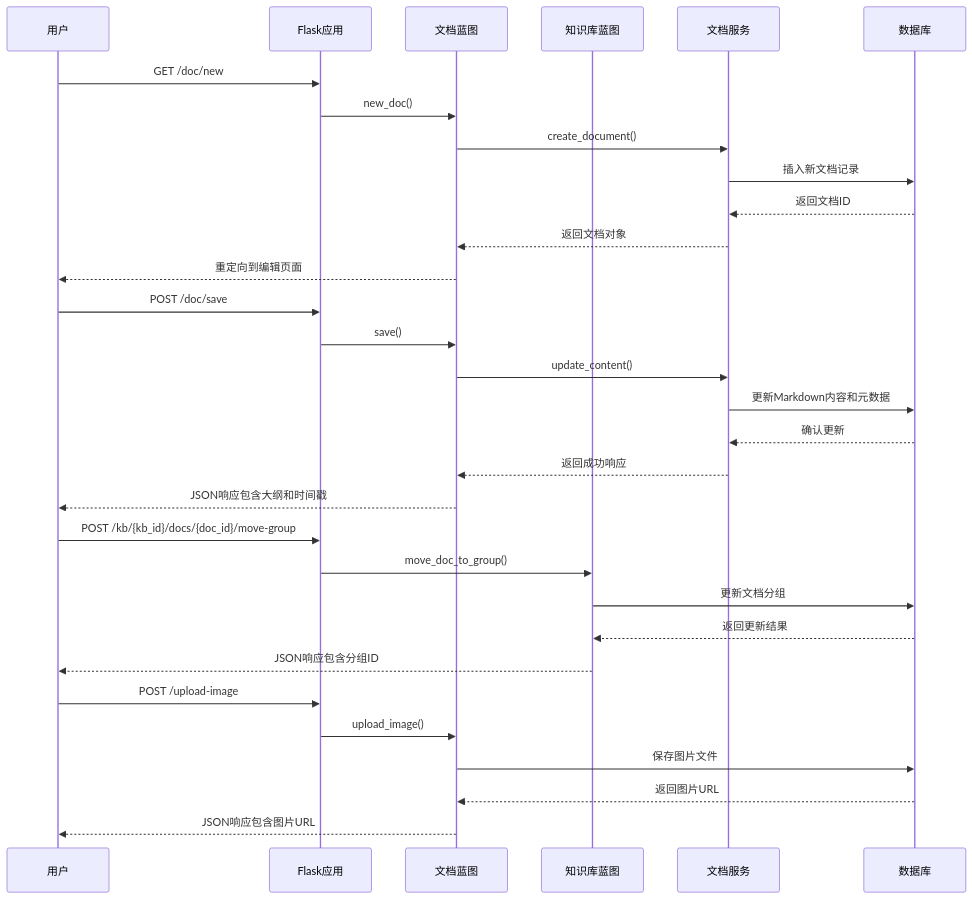
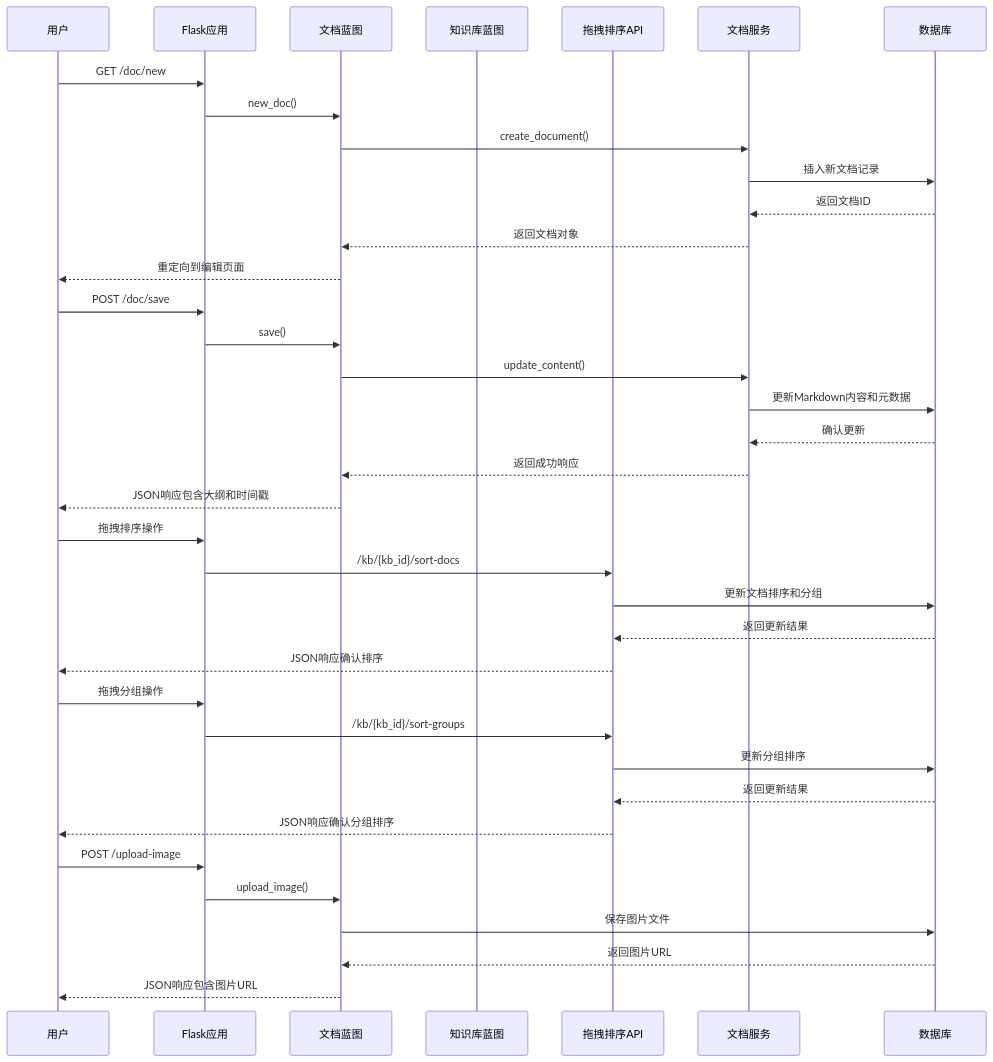
The fifth of 20 diagrams in .qoder/repowiki/zh/content/架构设计/蓝图系统设计/文档蓝图 (Document Blueprint).md (beyondalbert/my_wiki), drawn with Mermaid before and after one commit. The commit also changed other lines of this file and 6 other files, not shown here.

````diff
--- a/.qoder/repowiki/zh/content/架构设计/蓝图系统设计/文档蓝图 (Document Blueprint).md
+++ b/.qoder/repowiki/zh/content/架构设计/蓝图系统设计/文档蓝图 (Document Blueprint).md
@@ -337,33 +340,39 @@
 ```mermaid
 sequenceDiagram
 participant U as 用户
 participant A as Flask应用
 participant B as 文档蓝图
 participant C as 知识库蓝图
+participant D as 拖拽排序API
 participant S as 文档服务
 participant DB as 数据库
 U->>A : GET /doc/new
 A->>B : new_doc()
 B->>S : create_document()
 S->>DB : 插入新文档记录
 DB-->>S : 返回文档ID
 S-->>B : 返回文档对象
 B-->>U : 重定向到编辑页面
 U->>A : POST /doc/save
 A->>B : save()
 B->>S : update_content()
 S->>DB : 更新Markdown内容和元数据
 DB-->>S : 确认更新
 S-->>B : 返回成功响应
 B-->>U : JSON响应包含大纲和时间戳
-U->>A : POST /kb/{kb_id}/docs/{doc_id}/move-group
-A->>C : move_doc_to_group()
-C->>DB : 更新文档分组
-DB-->>C : 返回更新结果
-C-->>U : JSON响应包含分组ID
+U->>A : 拖拽排序操作
+A->>D : /kb/{kb_id}/sort-docs
+D->>DB : 更新文档排序和分组
+DB-->>D : 返回更新结果
+D-->>U : JSON响应确认排序
+U->>A : 拖拽分组操作
+A->>D : /kb/{kb_id}/sort-groups
+D->>DB : 更新分组排序
+DB-->>D : 返回更新结果
+D-->>U : JSON响应确认分组排序
 U->>A : POST /upload-image
 A->>B : upload_image()
 B->>DB : 保存图片文件
 DB-->>B : 返回图片URL
 B-->>U : JSON响应包含图片URL
 ```
````
